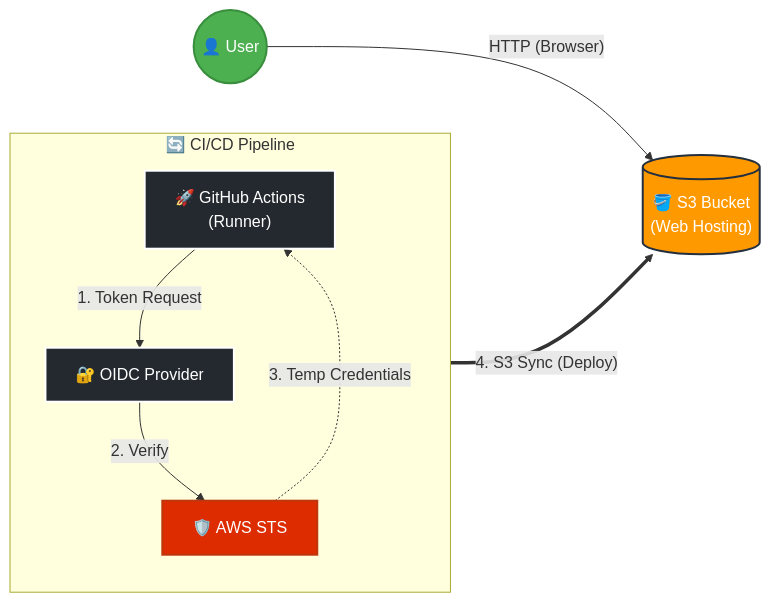
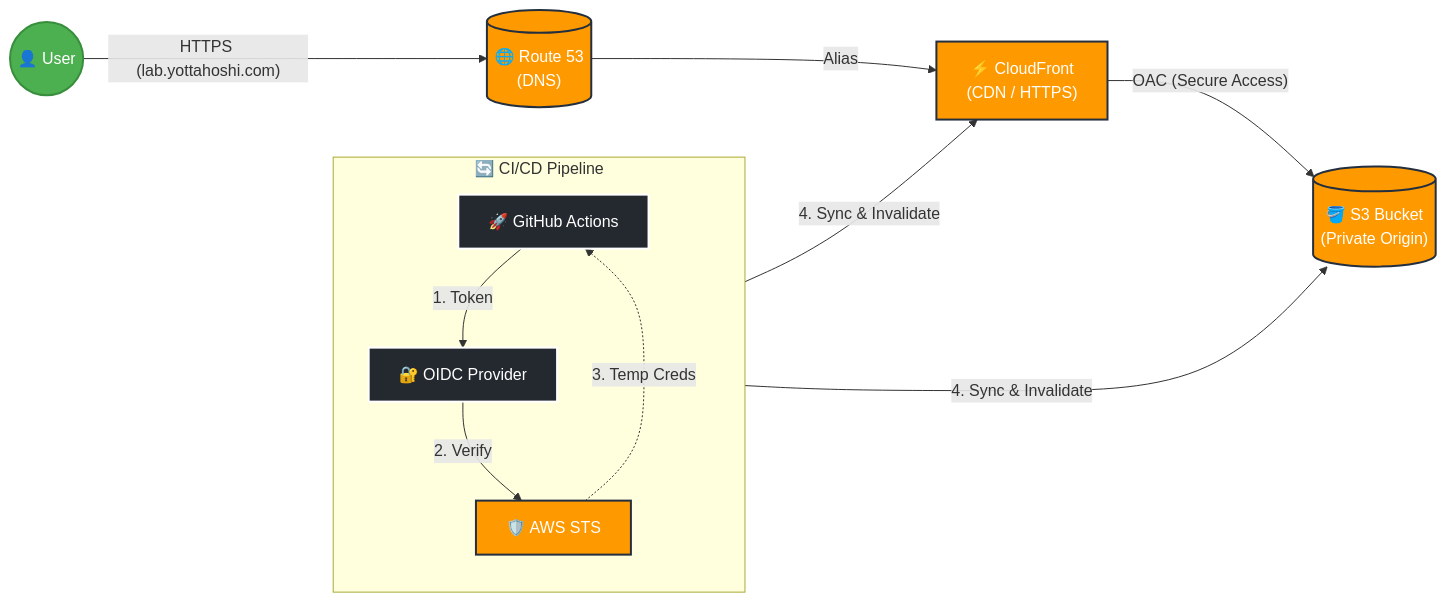
Before and after one commit to yottahoshi/aws-s3-oidc-demo: the diagram in README.md, drawn with Mermaid. The commit also changed other lines of this file, not shown here.

Commit message:
docs: update architecture notes for CloudFront + S3

````diff
--- a/README.md
+++ b/README.md
@@ -8,27 +8,30 @@
 ```mermaid
 graph LR
-    %% --- スタイル定義 (色付け) ---
+    %% --- スタイル定義 ---
     classDef aws fill:#FF9900,stroke:#232F3E,stroke-width:2px,color:white;
     classDef gh fill:#24292F,stroke:#ffffff,stroke-width:2px,color:white;
     classDef user fill:#4CAF50,stroke:#388E3C,stroke-width:2px,color:white;
-    classDef sec fill:#DD2C00,stroke:#BF360C,stroke-width:2px,color:white;
-
-    %% --- ノード定義 ---
+    
+    %% --- ノード ---
     User((👤 User)):::user
-    S3[("🪣 S3 Bucket\n(Web Hosting)")]:::aws
+    R53[("🌐 Route 53\n(DNS)")]:::aws
+    CF["⚡ CloudFront\n(CDN / HTTPS)"]:::aws
+    S3[("🪣 S3 Bucket\n(Private Origin)")]:::aws
     
     subgraph "🔄 CI/CD Pipeline"
         direction TB
-        GitHub["🚀 GitHub Actions\n(Runner)"]:::gh
+        GitHub["🚀 GitHub Actions"]:::gh
         IDP["🔐 OIDC Provider"]:::gh
-        STS["🛡️ AWS STS"]:::sec
+        STS["🛡️ AWS STS"]:::aws
     end
 
-    %% --- 線の定義 ---
-    User -- "HTTP (Browser)" --> S3
+    %% --- フロー ---
+    User -- "HTTPS (lab.yottahoshi.com)" --> R53
+    R53 -- "Alias" --> CF
+    CF -- "OAC (Secure Access)" --> S3
     
-    GitHub -- "1. Token Request" --> IDP
+    GitHub -- "1. Token" --> IDP
     IDP -- "2. Verify" --> STS
-    STS -.->|"3. Temp Credentials"| GitHub
-    GitHub == "4. S3 Sync (Deploy)" ==> S3
+    STS -.->|"3. Temp Creds"| GitHub
+    GitHub -- "4. Sync & Invalidate" --> S3 & CF
 ```
````
